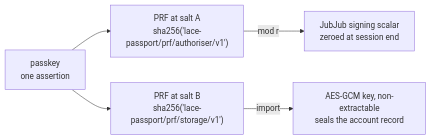
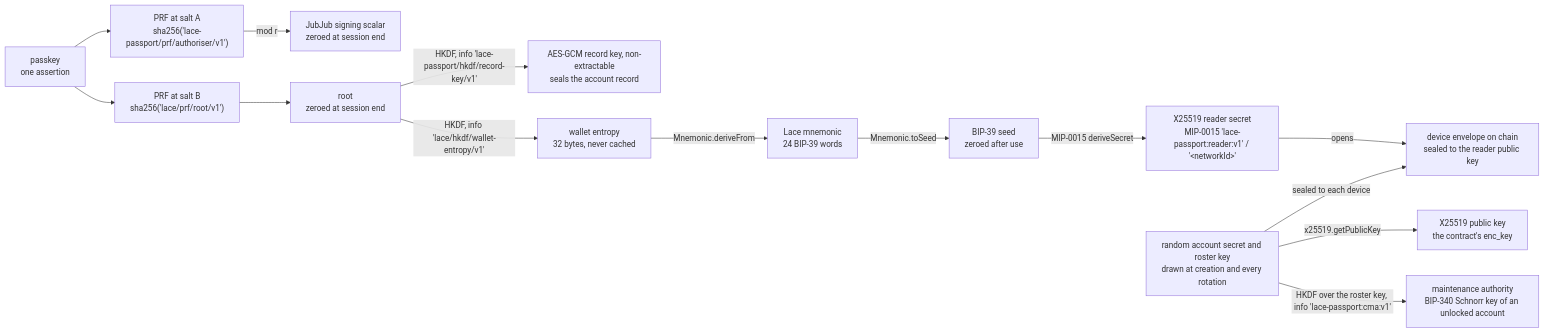
One commit to input-output-hk/lace changed the second of 7 diagrams in packages/module/passport-account/README.md. Above: the diagram before and after it, drawn with Mermaid. The commit also changed other lines of this file and 2361 other files, not shown here.

````diff
--- a/packages/module/passport-account/README.md
+++ b/packages/module/passport-account/README.md
@@ -127,12 +255,30 @@
 ```mermaid
 flowchart LR
     passkey["passkey<br/>one assertion"]
     saltA["PRF at salt A<br/>sha256('lace-passport/prf/authoriser/v1')"]
-    saltB["PRF at salt B<br/>sha256('lace-passport/prf/storage/v1')"]
+    saltB["PRF at salt B<br/>sha256('lace/prf/root/v1')"]
     signing["JubJub signing scalar<br/>zeroed at session end"]
-    storage["AES-GCM key, non-extractable<br/>seals the account record"]
+    root["root<br/>zeroed at session end"]
+    record["AES-GCM record key, non-extractable<br/>seals the account record"]
+    entropy["wallet entropy<br/>32 bytes, never cached"]
+    mnemonic["Lace mnemonic<br/>24 BIP-39 words"]
+    seed["BIP-39 seed<br/>zeroed after use"]
+    reader["X25519 reader secret<br/>MIP-0015 'lace-passport:reader:v1' / '&lt;networkId&gt;'"]
+    random["random account secret and roster key<br/>drawn at creation and every rotation"]
+    envelope["device envelope on chain<br/>sealed to the reader public key"]
+    encPub["X25519 public key<br/>the contract's enc_key"]
+    authority["maintenance authority<br/>BIP-340 Schnorr key of an unlocked account"]
 
     passkey --> saltA & saltB
     saltA -- "mod r" --> signing
-    saltB -- "import" --> storage
+    saltB --> root
+    root -- "HKDF, info 'lace-passport/hkdf/record-key/v1'" --> record
+    root -- "HKDF, info 'lace/hkdf/wallet-entropy/v1'" --> entropy
+    entropy -- "Mnemonic.deriveFrom" --> mnemonic
+    mnemonic -- "Mnemonic.toSeed" --> seed
+    seed -- "MIP-0015 deriveSecret" --> reader
+    random -- "sealed to each device" --> envelope
+    reader -- "opens" --> envelope
+    random -- "x25519.getPublicKey" --> encPub
+    random -- "HKDF over the roster key, info 'lace-passport:cma:v1'" --> authority
 ```
````
